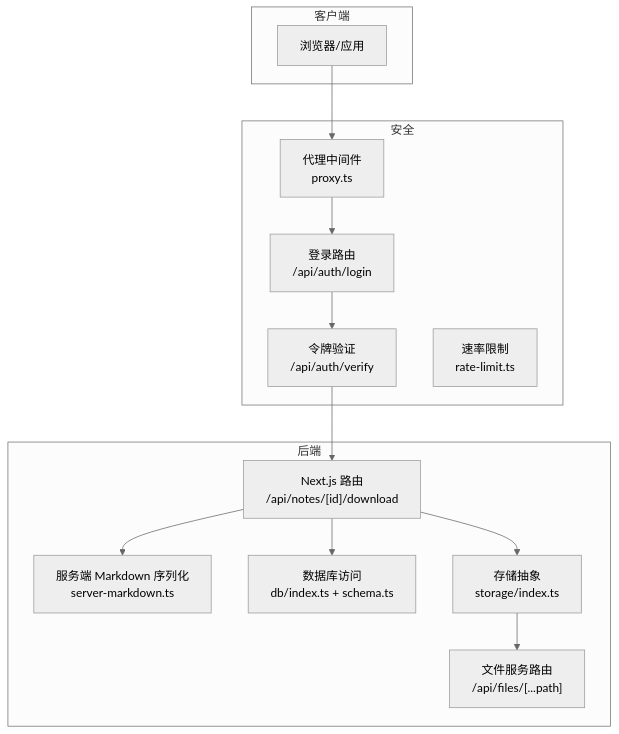
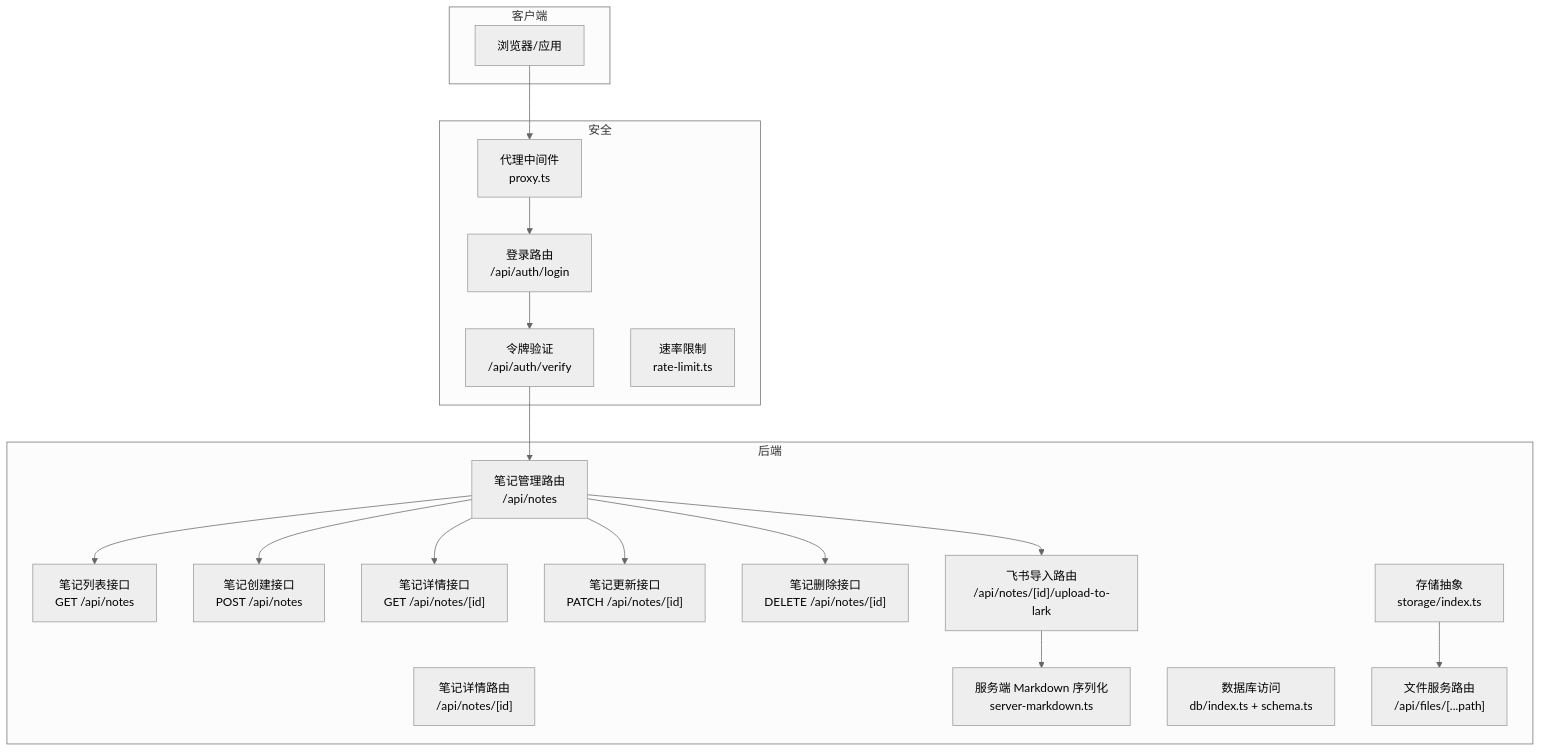
The first of 4 diagrams in .qoder/repowiki/zh/content/API 接口文档/笔记 API/笔记下载接口.md (BlackBoxRecorder/uninote), drawn with Mermaid (neutral theme) before and after one commit. The commit also changed other lines of this file and 7 other files, not shown here.

````diff
--- a/.qoder/repowiki/zh/content/API 接口文档/笔记 API/笔记下载接口.md
+++ b/.qoder/repowiki/zh/content/API 接口文档/笔记 API/笔记下载接口.md
@@ -53,27 +61,38 @@
 ```mermaid
 graph TB
 subgraph "客户端"
 C["浏览器/应用"]
 end
 subgraph "后端"
-R["Next.js 路由<br/>/api/notes/[id]/download"]
+N["笔记管理路由<br/>/api/notes"]
+NI["笔记详情路由<br/>/api/notes/[id]"]
+NL["笔记列表接口<br/>GET /api/notes"]
+NC["笔记创建接口<br/>POST /api/notes"]
+ND["笔记详情接口<br/>GET /api/notes/[id]"]
+NU["笔记更新接口<br/>PATCH /api/notes/[id]"]
+NM["笔记删除接口<br/>DELETE /api/notes/[id]"]
+L["飞书导入路由<br/>/api/notes/[id]/upload-to-lark"]
 M["服务端 Markdown 序列化<br/>server-markdown.ts"]
 D["数据库访问<br/>db/index.ts + schema.ts"]
 S["存储抽象<br/>storage/index.ts"]
 F["文件服务路由<br/>/api/files/[...path]"]
 end
 subgraph "安全"
-L["登录路由<br/>/api/auth/login"]
-V["令牌验证<br/>/api/auth/verify"]
-P["代理中间件<br/>proxy.ts"]
+LOGIN["登录路由<br/>/api/auth/login"]
+VERIFY["令牌验证<br/>/api/auth/verify"]
+PROXY["代理中间件<br/>proxy.ts"]
 RL["速率限制<br/>rate-limit.ts"]
 end
-C --> P
-P --> L
-L --> V
-V --> R
-R --> D
-R --> M
-R --> S
+C --> PROXY
+PROXY --> LOGIN
+LOGIN --> VERIFY
+VERIFY --> N
+N --> NL
+N --> NC
+N --> ND
+N --> NU
+N --> NM
+N --> L
+L --> M
 S --> F
 ```
````
